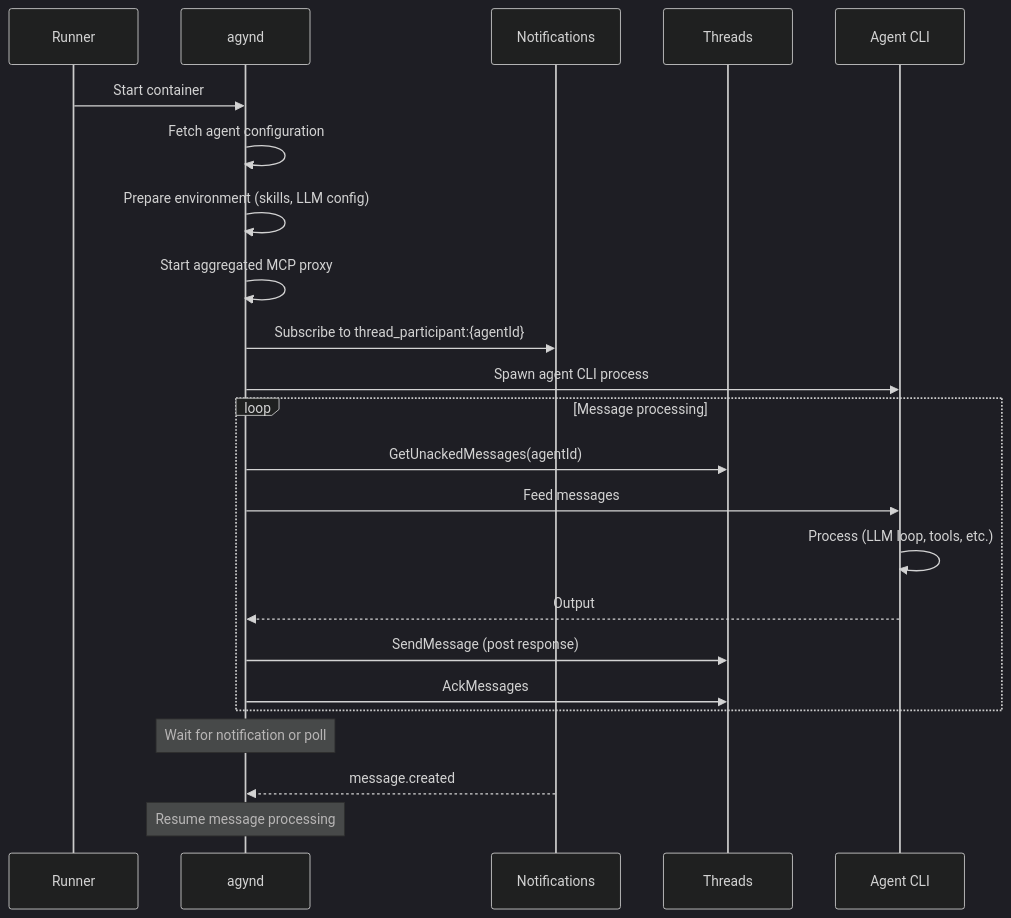
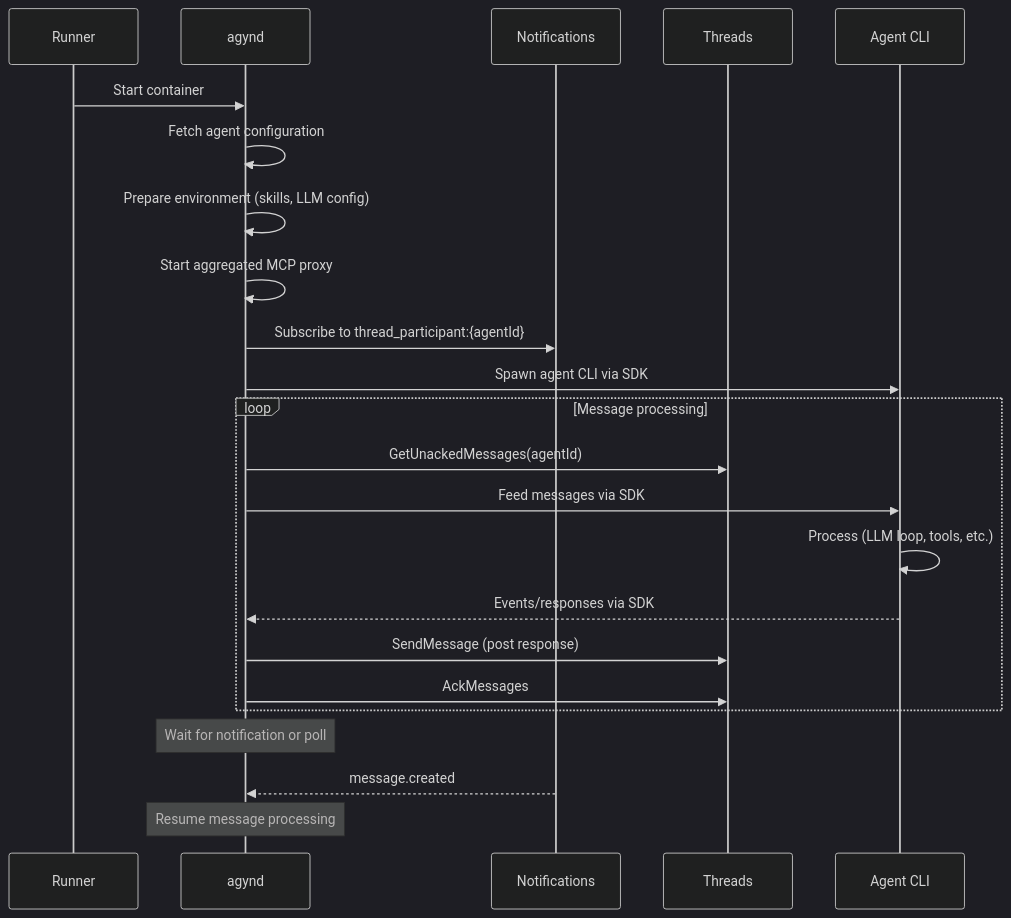
The second of 2 diagrams in architecture/agynd-cli.md (agynio/architecture), drawn with Mermaid (dark theme) before and after one commit. The commit also changed other lines of this file and 3 other files, not shown here.

First line of the commit message:
arch: integrate agent SDK research into architecture docs

````diff
--- a/architecture/agynd-cli.md
+++ b/architecture/agynd-cli.md
@@ -94,28 +137,28 @@
 ```mermaid
 sequenceDiagram
     participant R as Runner
     participant D as agynd
     participant N as Notifications
     participant T as Threads
     participant A as Agent CLI
 
     R->>D: Start container
     D->>D: Fetch agent configuration
     D->>D: Prepare environment (skills, LLM config)
     D->>D: Start aggregated MCP proxy
     D->>N: Subscribe to thread_participant:{agentId}
-    D->>A: Spawn agent CLI process
+    D->>A: Spawn agent CLI via SDK
 
     loop Message processing
         D->>T: GetUnackedMessages(agentId)
-        D->>A: Feed messages
+        D->>A: Feed messages via SDK
         A->>A: Process (LLM loop, tools, etc.)
-        A-->>D: Output
+        A-->>D: Events/responses via SDK
         D->>T: SendMessage (post response)
         D->>T: AckMessages
     end
 
     Note over D: Wait for notification or poll
     N-->>D: message.created
     Note over D: Resume message processing
 ```
````
